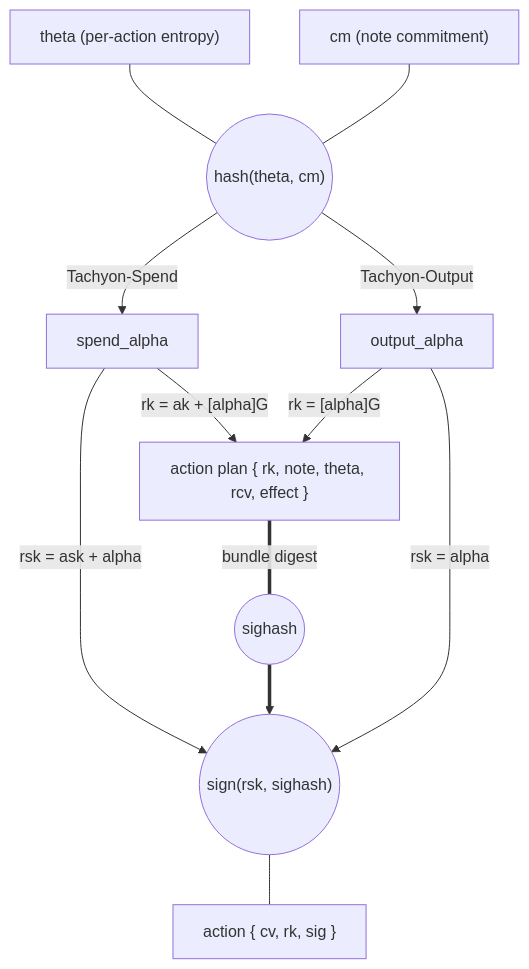
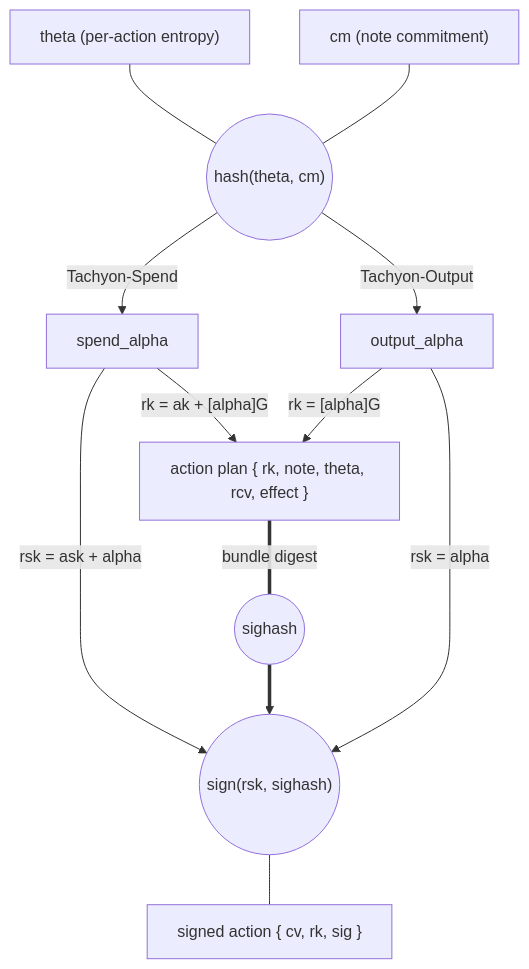
Before and after one commit to tachyon-zcash/tachyon: the first of 3 diagrams in book/src/authorization.md, drawn with Mermaid. The commit also changed other lines of this file and 27 other files, not shown here.

````diff
--- a/book/src/authorization.md
+++ b/book/src/authorization.md
@@ -12,24 +12,24 @@
 ```mermaid
 flowchart TB
     theta["theta (per-action entropy)"]
     cm["cm (note commitment)"]
     hash(("hash(theta, cm)"))
 
     theta & cm --- hash
 
     hash -->|"Tachyon-Spend"| spend_alpha
     hash -->|"Tachyon-Output"| output_alpha
 
     spend_alpha -->|"rk = ak + [alpha]G"| plan
     output_alpha -->|"rk = [alpha]G"| plan
 
     plan["action plan { rk, note, theta, rcv, effect }"]
     plan ===|"bundle digest"| sighash((sighash))
 
     spend_alpha -->|"rsk = ask + alpha"| sign
     sighash ==> sign
     output_alpha -->|"rsk = alpha"| sign
 
     sign(("sign(rsk, sighash)"))
-    sign --- action["action { cv, rk, sig }"]
+    sign --- action["signed action { cv, rk, sig }"]
 ```
````
